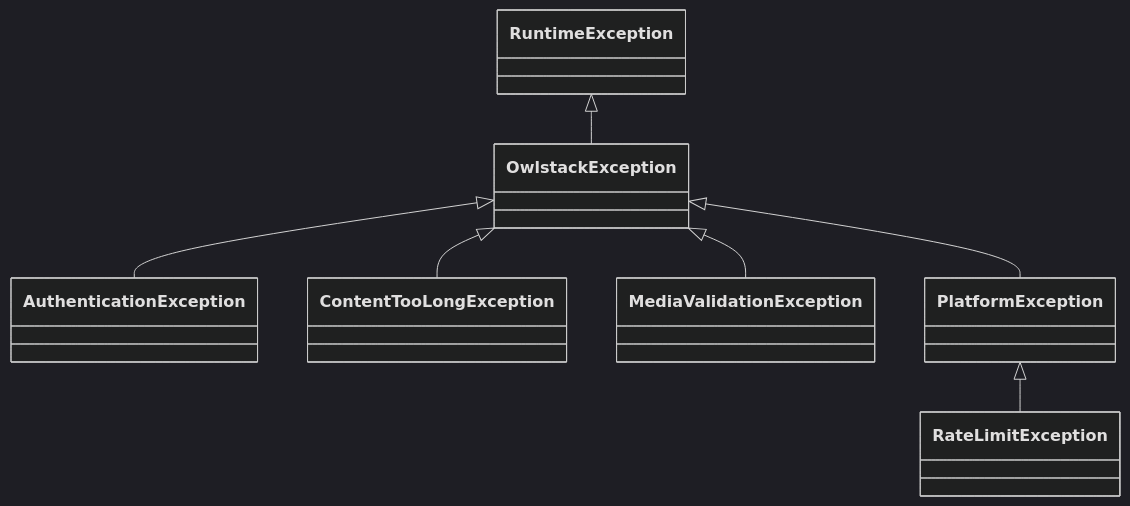
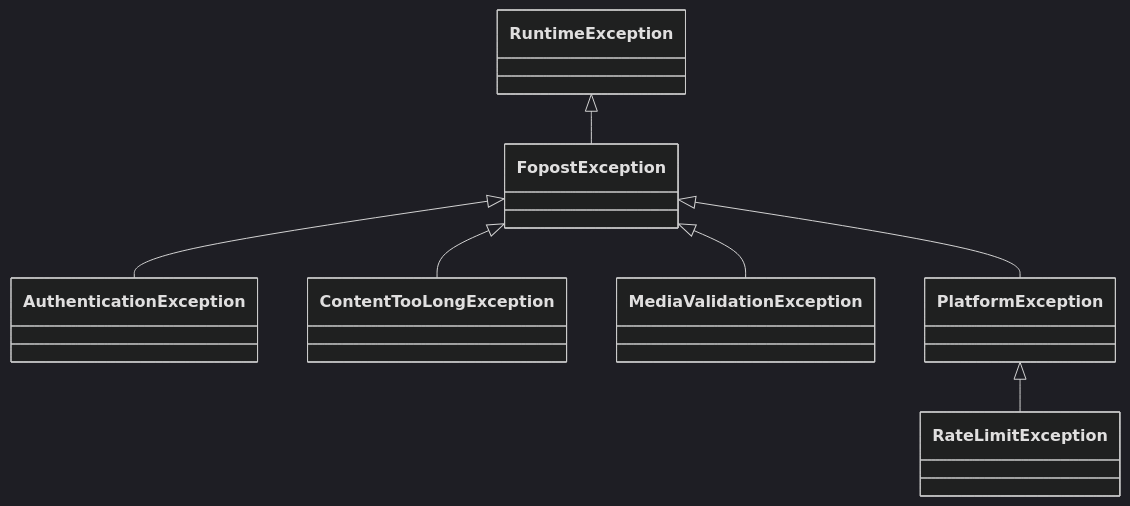
One commit to fopost/fopost-docs changed the diagram in content/docs/developers/core-concepts/error-handling.mdx. Above: the diagram before and after it, drawn with Mermaid (dark theme). The commit also changed other lines of this file and 108 other files, not shown here.

````diff
--- a/content/docs/developers/core-concepts/error-handling.mdx
+++ b/content/docs/developers/core-concepts/error-handling.mdx
@@ -16,9 +16,9 @@
 ```mermaid
 classDiagram
-    RuntimeException <|-- OwlstackException
-    OwlstackException <|-- AuthenticationException
-    OwlstackException <|-- ContentTooLongException
-    OwlstackException <|-- MediaValidationException
-    OwlstackException <|-- PlatformException
+    RuntimeException <|-- FopostException
+    FopostException <|-- AuthenticationException
+    FopostException <|-- ContentTooLongException
+    FopostException <|-- MediaValidationException
+    FopostException <|-- PlatformException
     PlatformException <|-- RateLimitException
 ```
````
